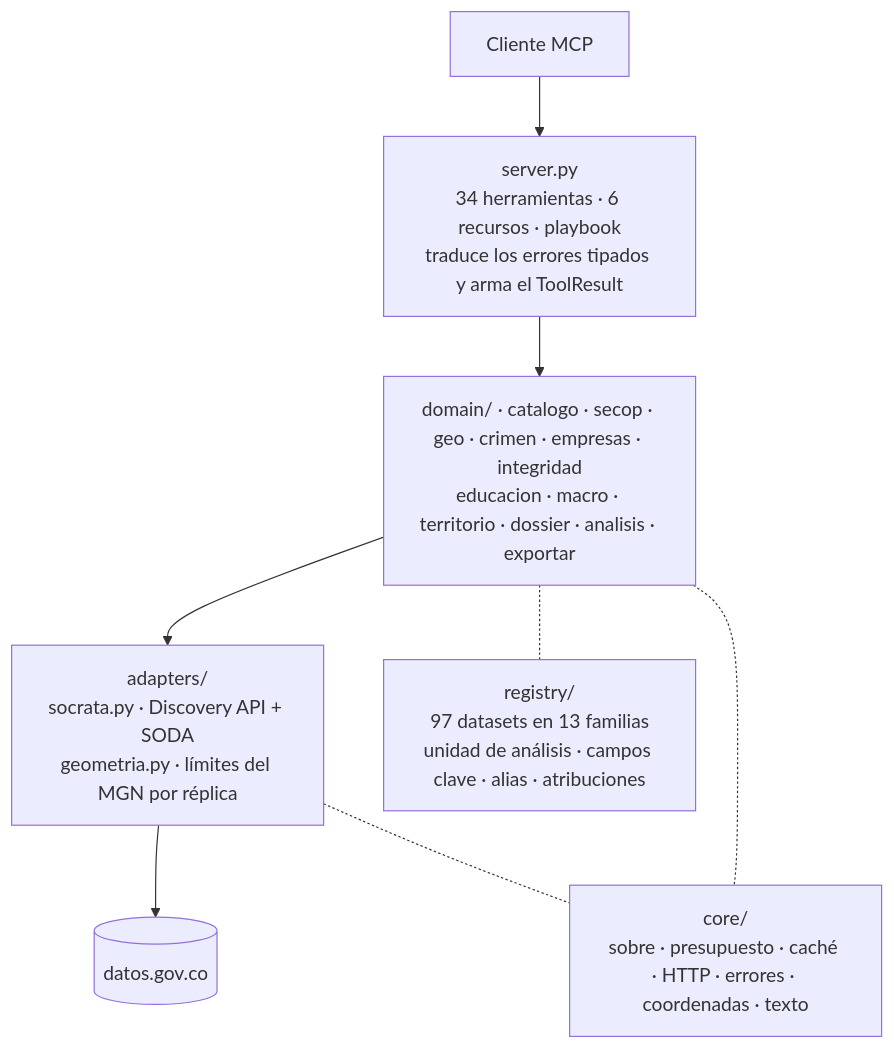
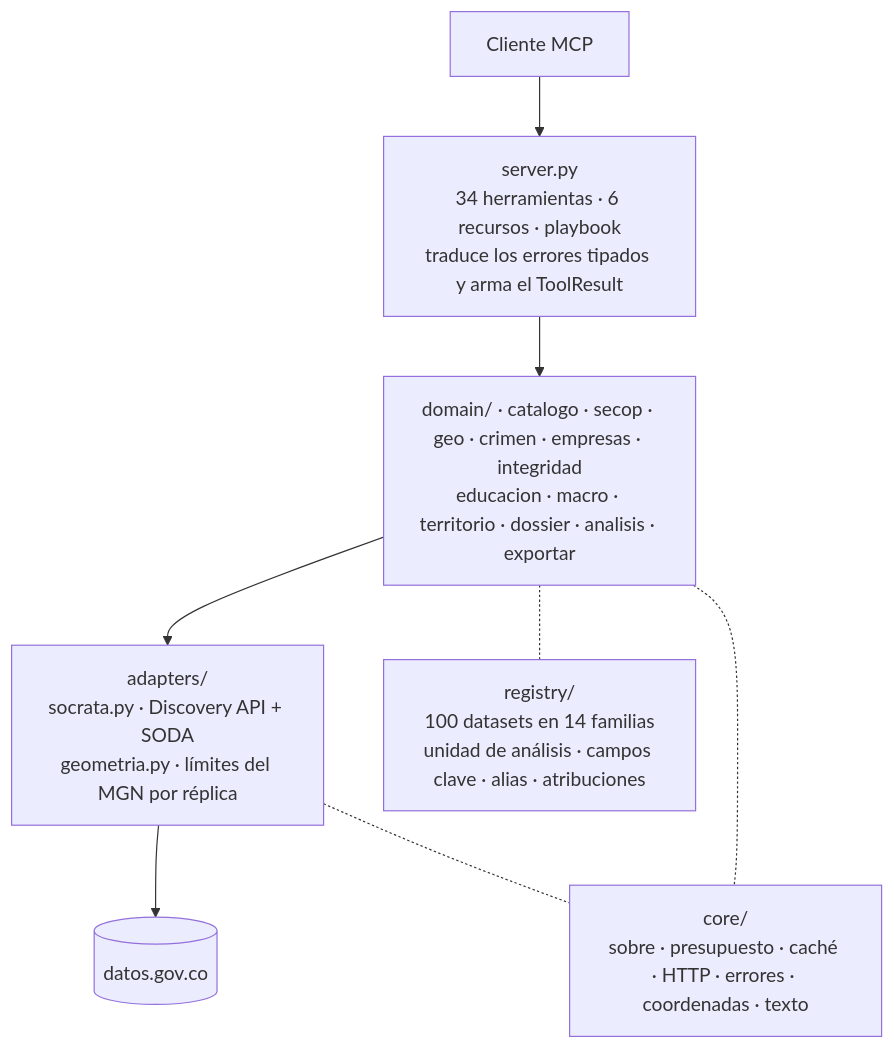
One commit to manuelcastiblan/colombia-datos-mcp changed the first of 3 diagrams in docs/arquitectura.md. Above: the diagram before and after it, drawn with Mermaid. The commit also changed 9 other files, not shown here.

````diff
--- a/docs/arquitectura.md
+++ b/docs/arquitectura.md
@@ -6,15 +6,15 @@
 ```mermaid
 flowchart TD
     cliente["Cliente MCP"]
     server["server.py<br/>34 herramientas · 6 recursos · playbook<br/>traduce los errores tipados y arma el ToolResult"]
     dominio["domain/ · catalogo · secop · geo · crimen · empresas · integridad<br/>educacion · macro · territorio · dossier · analisis · exportar"]
     adaptador["adapters/<br/>socrata.py · Discovery API + SODA<br/>geometria.py · límites del MGN por réplica"]
     fuente[("datos.gov.co")]
-    registro["registry/<br/>97 datasets en 13 familias<br/>unidad de análisis · campos clave · alias · atribuciones"]
+    registro["registry/<br/>100 datasets en 14 familias<br/>unidad de análisis · campos clave · alias · atribuciones"]
     nucleo["core/<br/>sobre · presupuesto · caché · HTTP · errores · coordenadas · texto"]
 
     cliente --> server --> dominio --> adaptador --> fuente
     dominio -.- registro
     dominio -.- nucleo
     adaptador -.- nucleo
 ```
````
